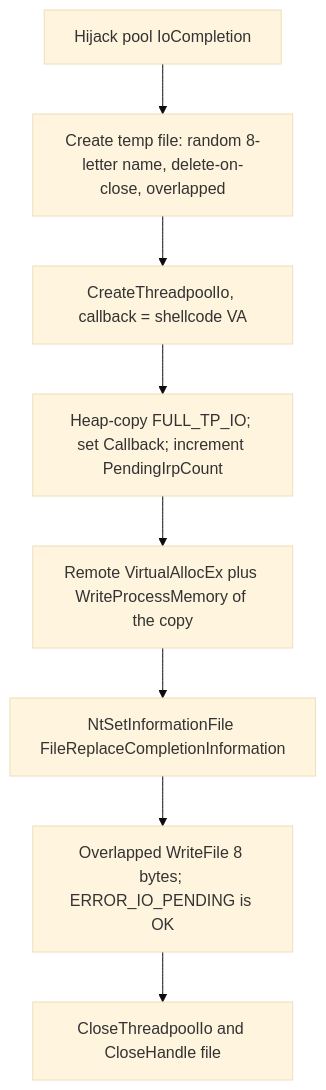
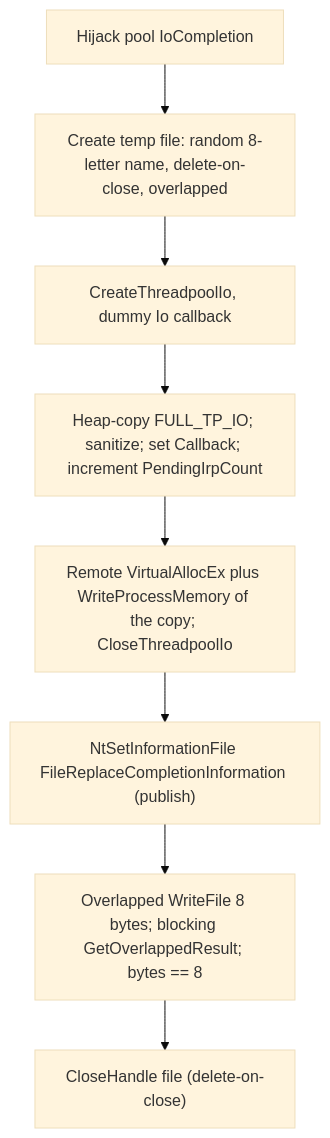
One commit to An0nUD4Y/PoolParty-BOF changed the second of 6 diagrams in README.md. Above: the diagram before and after it, drawn with Mermaid (base theme). The commit also changed other lines of this file and 26 other files, not shown here.

````diff
--- a/README.md
+++ b/README.md
@@ -198,10 +213,10 @@
 ```mermaid
 flowchart TD
   A["Hijack pool IoCompletion"] --> B["Create temp file: random 8-letter name, delete-on-close, overlapped"]
-  B --> C["CreateThreadpoolIo, callback = shellcode VA"]
-  C --> D["Heap-copy FULL_TP_IO; set Callback; increment PendingIrpCount"]
-  D --> E["Remote VirtualAllocEx plus WriteProcessMemory of the copy"]
-  E --> F["NtSetInformationFile FileReplaceCompletionInformation"]
-  F --> G["Overlapped WriteFile 8 bytes; ERROR_IO_PENDING is OK"]
-  G --> H["CloseThreadpoolIo and CloseHandle file"]
+  B --> C["CreateThreadpoolIo, dummy Io callback"]
+  C --> D["Heap-copy FULL_TP_IO; sanitize; set Callback; increment PendingIrpCount"]
+  D --> E["Remote VirtualAllocEx plus WriteProcessMemory of the copy; CloseThreadpoolIo"]
+  E --> F["NtSetInformationFile FileReplaceCompletionInformation (publish)"]
+  F --> G["Overlapped WriteFile 8 bytes; blocking GetOverlappedResult; bytes == 8"]
+  G --> H["CloseHandle file (delete-on-close)"]
 ```
````
